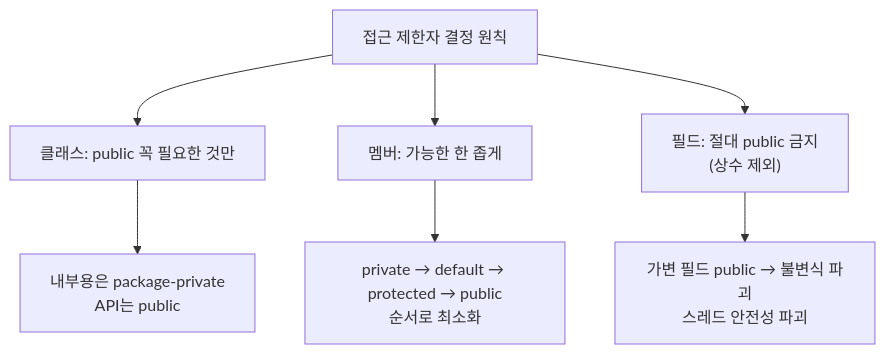
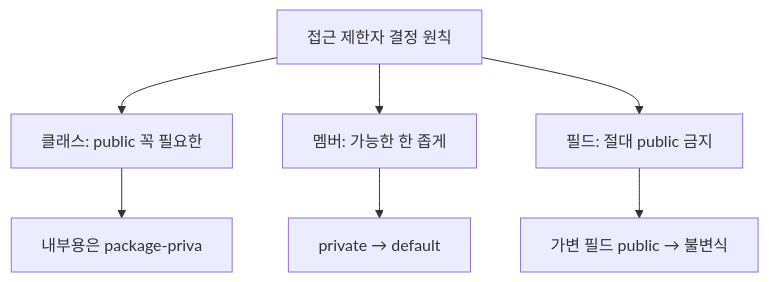
The fourth of 4 diagrams in _posts/java/2021-12-29-effective-java15.md (yjkim2015/yjkim2015.github.io), drawn with Mermaid before and after one commit. The commit also changed other lines of this file and 271 other files, not shown here.

First line of the commit message:
Mermaid 라벨 축소: 긴 노드 텍스트 18자 이하로 트림 + \n 제거

````diff
--- a/_posts/java/2021-12-29-effective-java15.md
+++ b/_posts/java/2021-12-29-effective-java15.md
@@ -228,9 +228,9 @@
 ```mermaid
 graph TD
-    A["접근 제한자 결정 원칙"] --> B["클래스: public 꼭 필요한 것만"]
+    A["접근 제한자 결정 원칙"] --> B["클래스: public 꼭 필요한"]
     A --> C["멤버: 가능한 한 좁게"]
-    A --> D["필드: 절대 public 금지\n(상수 제외)"]
-    B --> B1["내부용은 package-private\nAPI는 public"]
-    C --> C1["private → default → protected → public\n순서로 최소화"]
-    D --> D1["가변 필드 public → 불변식 파괴\n스레드 안전성 파괴"]
+    A --> D["필드: 절대 public 금지\n"]
+    B --> B1["내부용은 package-priva"]
+    C --> C1["private → default"]
+    D --> D1["가변 필드 public → 불변식"]
 ```
````
